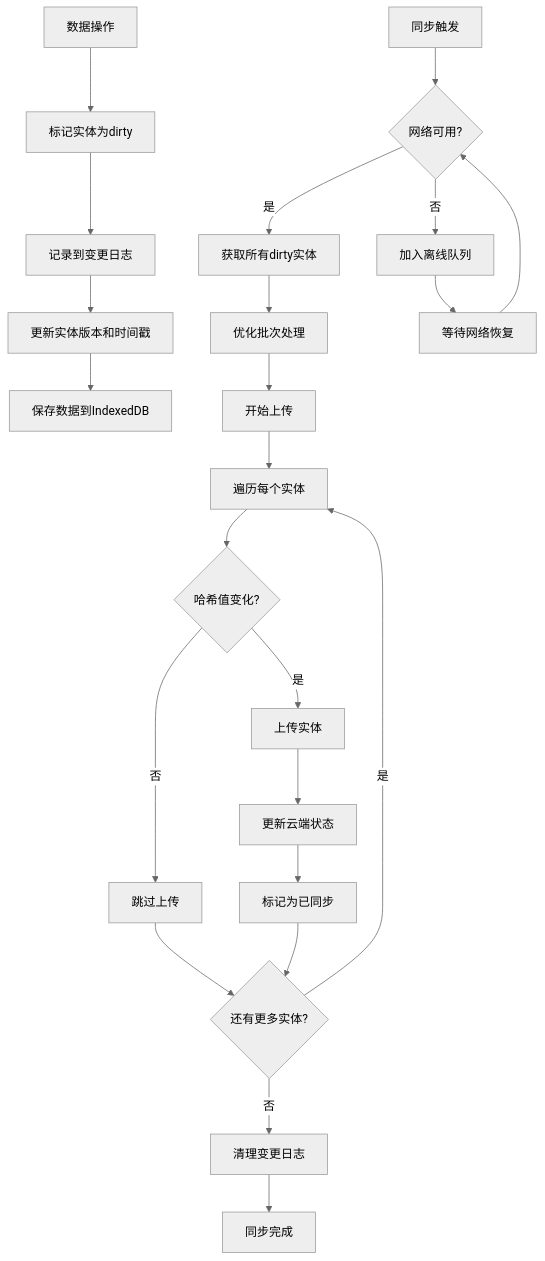
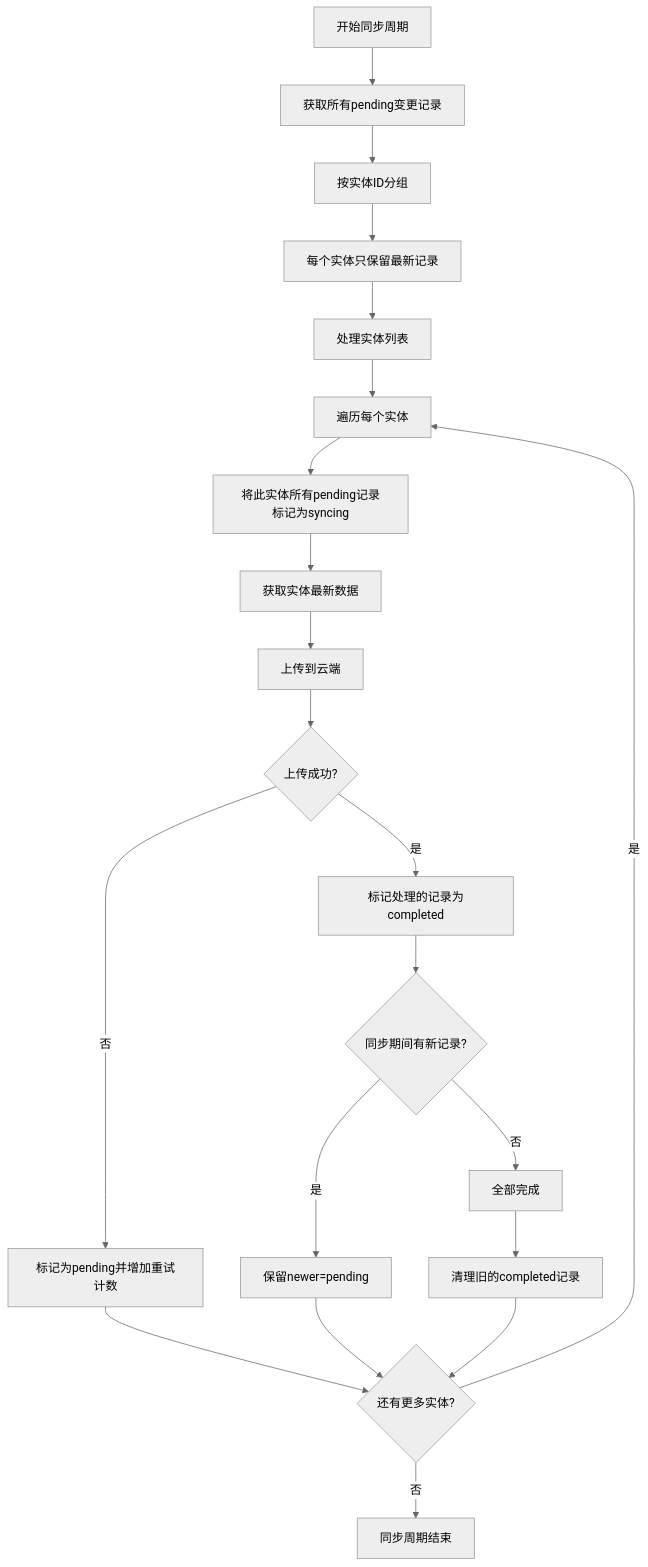
The diagram in all/未命名-40.md (yingjianzh/iodraw-files), drawn with Mermaid (neutral theme) before and after one commit.

Commit message:
2025-04-23 17:07:11 update

````diff
--- a/all/未命名-40.md
+++ b/all/未命名-40.md
@@ -1,31 +1,30 @@
 ```mermaid
 flowchart TD
-    Start[数据操作] --> MarkDirty[标记实体为dirty]
-    MarkDirty --> RecordToJournal[记录到变更日志]
-    RecordToJournal --> UpdateEntity[更新实体版本和时间戳]
-    UpdateEntity --> SaveData[保存数据到IndexedDB]
+    Start[开始同步周期] --> FetchChanges[获取所有pending变更记录]
+    FetchChanges --> GroupByEntity[按实体ID分组]
+    GroupByEntity --> FilterLatest[每个实体只保留最新记录]
     
-    SyncTrigger[同步触发] --> CheckNetwork{网络可用?}
-    CheckNetwork -- 否 --> QueueForLater[加入离线队列]
-    CheckNetwork -- 是 --> FetchDirty[获取所有dirty实体]
+    FilterLatest --> ProcessEntities[处理实体列表]
+    ProcessEntities --> ForEachEntity[遍历每个实体]
     
-    FetchDirty --> OptimizeBatch[优化批次处理]
-    OptimizeBatch --> StartUpload[开始上传]
-    StartUpload --> ForEachEntity[遍历每个实体]
-    ForEachEntity --> HashChanged{哈希值变化?}
+    ForEachEntity --> MarkSyncing[将此实体所有pending记录标记为syncing]
+    MarkSyncing --> GetEntityData[获取实体最新数据]
+    GetEntityData --> UploadToCloud[上传到云端]
     
-    HashChanged -- 否 --> SkipUpload[跳过上传]
-    HashChanged -- 是 --> UploadEntity[上传实体]
-    UploadEntity --> UpdateCloudState[更新云端状态]
-    UpdateCloudState --> MarkSynced[标记为已同步]
+    UploadToCloud --> Success{上传成功?}
+    Success -- 否 --> MarkFailed[标记为pending并增加重试计数]
+    Success -- 是 --> MarkCompleted[标记处理的记录为completed]
     
-    SkipUpload --> NextEntity{还有更多实体?}
-    MarkSynced --> NextEntity
+    MarkCompleted --> CheckNew{同步期间有新记录?}
+    CheckNew -- 是 --> KeepNewer[保留newer=pending]
+    CheckNew -- 否 --> NoNewRecords[全部完成]
+    
+    KeepNewer --> NextEntity{还有更多实体?}
+    NoNewRecords --> CleanupOld[清理旧的completed记录]
+    
+    MarkFailed --> NextEntity
+    CleanupOld --> NextEntity
+    
     NextEntity -- 是 --> ForEachEntity
-    NextEntity -- 否 --> CleanupJournal[清理变更日志]
-    
-    QueueForLater --> WaitForNetwork[等待网络恢复]
-    WaitForNetwork --> CheckNetwork
-    
-    CleanupJournal --> End[同步完成]
+    NextEntity -- 否 --> End[同步周期结束]
 ```
````
